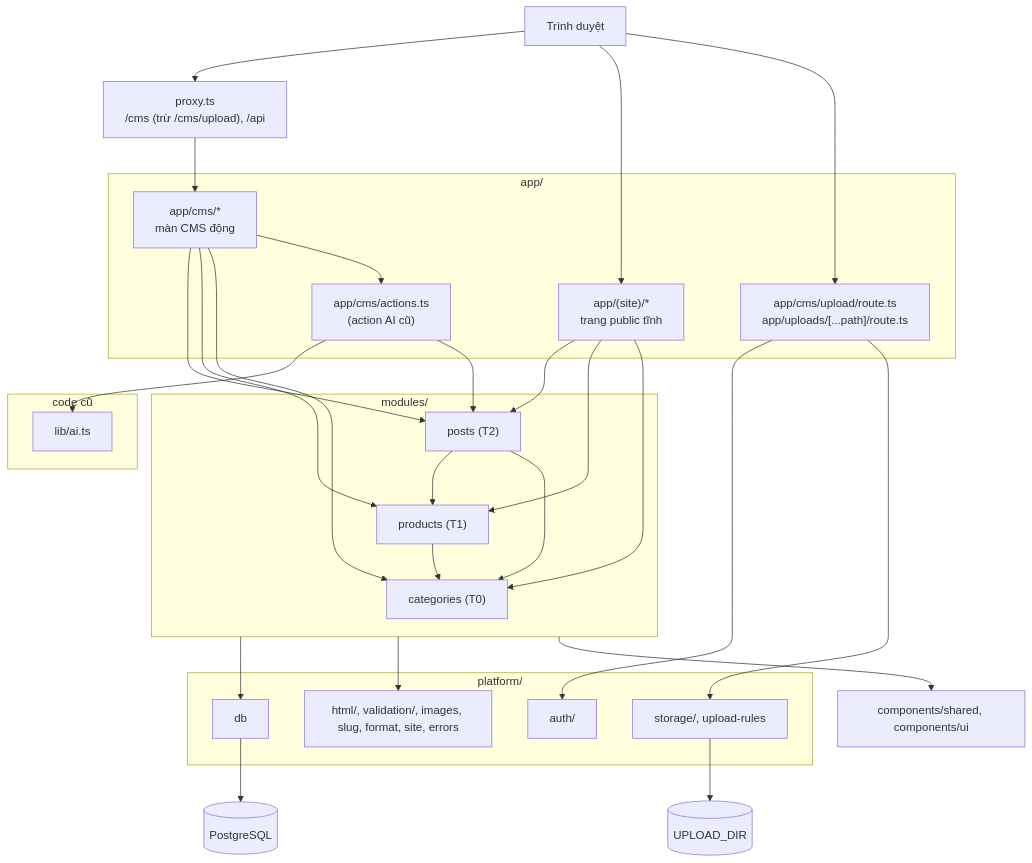
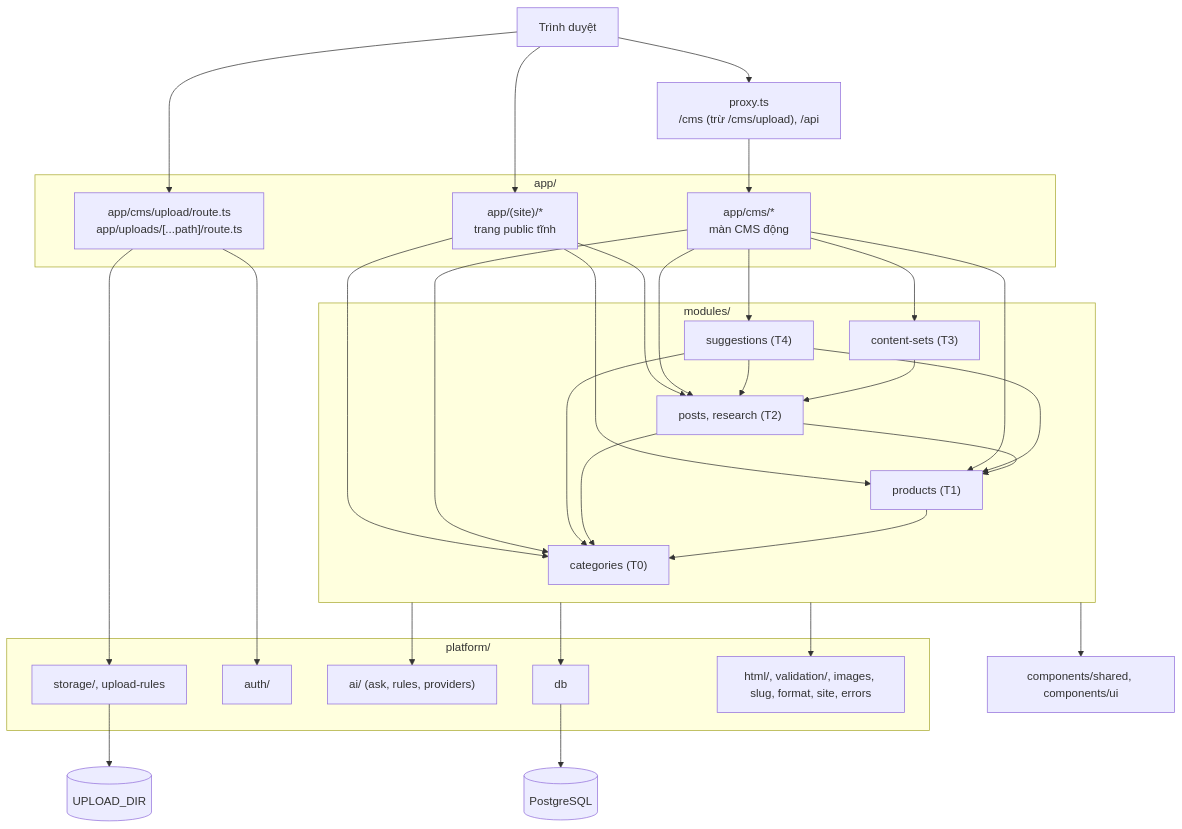
One commit to lqvinh1205/affiliate-project changed the diagram in docs/kien-truc-codebase.md. Above: the diagram before and after it, drawn with Mermaid. The commit also changed other lines of this file and 84 other files, not shown here.

````diff
--- a/docs/kien-truc-codebase.md
+++ b/docs/kien-truc-codebase.md
@@ -24,50 +24,53 @@
 ```mermaid
 flowchart TD
   U["Trình duyệt"] --> P["proxy.ts<br/>/cms (trừ /cms/upload), /api"]
   subgraph Routes["app/"]
     S["app/(site)/*<br/>trang public tĩnh"]
     C["app/cms/*<br/>màn CMS động"]
     UP["app/cms/upload/route.ts<br/>app/uploads/[...path]/route.ts"]
-    A["app/cms/actions.ts<br/>(action AI cũ)"]
   end
   subgraph Modules["modules/"]
     MC["categories (T0)"]
     MPR["products (T1)"]
-    MPO["posts (T2)"]
-  end
-  subgraph Legacy["code cũ"]
-    L["lib/ai.ts"]
+    MPO["posts, research (T2)"]
+    MCS["content-sets (T3)"]
+    MSU["suggestions (T4)"]
   end
   subgraph Platform["platform/"]
     PD["db"]
     PA["auth/"]
+    PAI["ai/ (ask, rules, providers)"]
     PS["storage/, upload-rules"]
     PO["html/, validation/, images, slug, format, site, errors"]
   end
   SH["components/shared, components/ui"]
   DB[("PostgreSQL")]
   DISK[("UPLOAD_DIR")]
 
   U --> S
   U --> UP
   P --> C
   S --> MPO
   S --> MPR
   S --> MC
   C --> MPO
   C --> MPR
   C --> MC
-  C --> A
-  A --> L
-  A --> MPO
+  C --> MSU
+  C --> MCS
+  MSU --> MPO
+  MSU --> MPR
+  MSU --> MC
+  MCS --> MPO
+  Modules --> PAI
   MPO --> MPR
   MPO --> MC
   MPR --> MC
   Modules --> PD
   Modules --> PO
   Modules --> SH
   UP --> PA
   UP --> PS
   PS --> DISK
   PD --> DB
 ```
````
